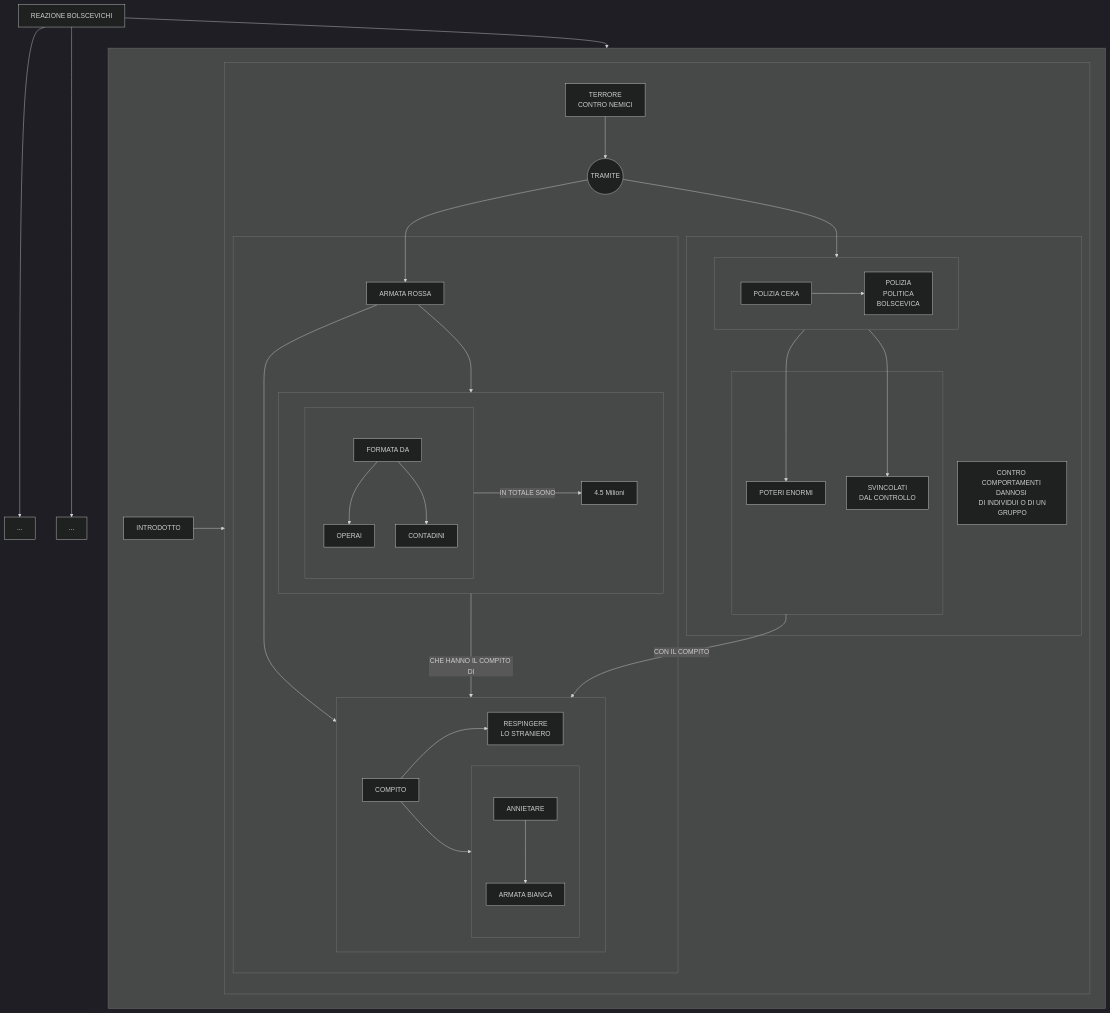
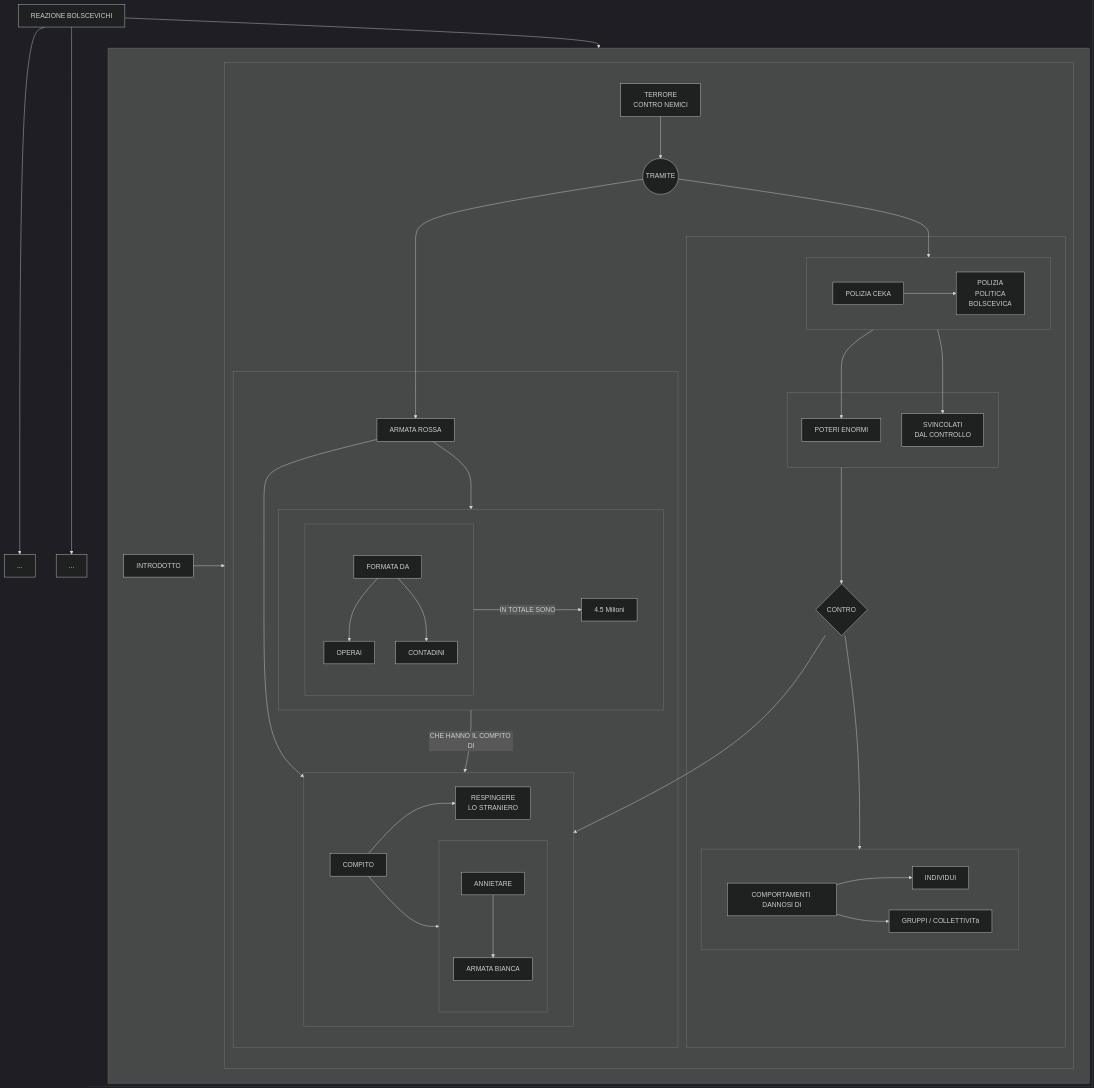
Before and after one commit to Laaouatni/ricerca-storia-MermaidJS: the ninth of 9 diagrams in stalinismo.md, drawn with Mermaid (dark theme).

````diff
--- a/stalinismo.md
+++ b/stalinismo.md
@@ -422,56 +422,62 @@
 ```mermaid
 flowchart TB
     0[REAZIONE BOLSCEVICHI]
     1[...]
     2[...]
     subgraph 3[" "]
         30[INTRODOTTO]
         subgraph 31[" "]
             310[TERRORE <BR> CONTRO NEMICI]
             311((TRAMITE))
             subgraph 314[" "]
                 312[ARMATA ROSSA]
                 subgraph 41[" "]
                     subgraph 4[" "]
                         40[FORMATA DA]
                         400[OPERAI]
                         401[CONTADINI]
                         40 --> 400 & 401
                     end
                     410[4.5 Milioni]
                     4 -->|IN TOTALE SONO| 410
                 end
                 subgraph 42[" "]
                     420[COMPITO]
                     4200[RESPINGERE <br> LO STRANIERO]
                     subgraph 4201[" "]
                         42010[ANNIETARE]
                         42011[ARMATA BIANCA]
                         42010 --> 42011
                     end
                     420 --> 4200 & 4201
                 end
                 312 --> 41 & 42
                 41 -->|CHE HANNO IL COMPITO DI| 42
             end
             subgraph 315[" "]
                 subgraph 3150[" "]
                     313[POLIZIA CEKA]
                     3130[POLIZIA <br> POLITICA <br> BOLSCEVICA]
                     313 --> 3130
                 end
                 subgraph 5[" "]
                     50[POTERI ENORMI]
                     51[SVINCOLATI <br> DAL CONTROLLO]
                 end
                 3150 --> 50 & 51
-                5 -->|CON IL COMPITO| 42
-
-                60[CONTRO COMPORTAMENTI DANNOSI <br> DI INDIVIDUI O DI UN GRUPPO]
+                5 --> 6
+                6{CONTRO}
+                subgraph 60[" "]
+                    600[COMPORTAMENTI DANNOSI DI]
+                    601[INDIVIDUI]
+                    602[GRUPPI / COLLETTIVITà]
+                    600 --> 601 & 602
+                end
+                6 --> 60 & 42
             end
             310 --> 311 --> 312 & 3150
         end
         30 --> 31
     end
     0 --> 1 & 2 & 3
 ```
````
